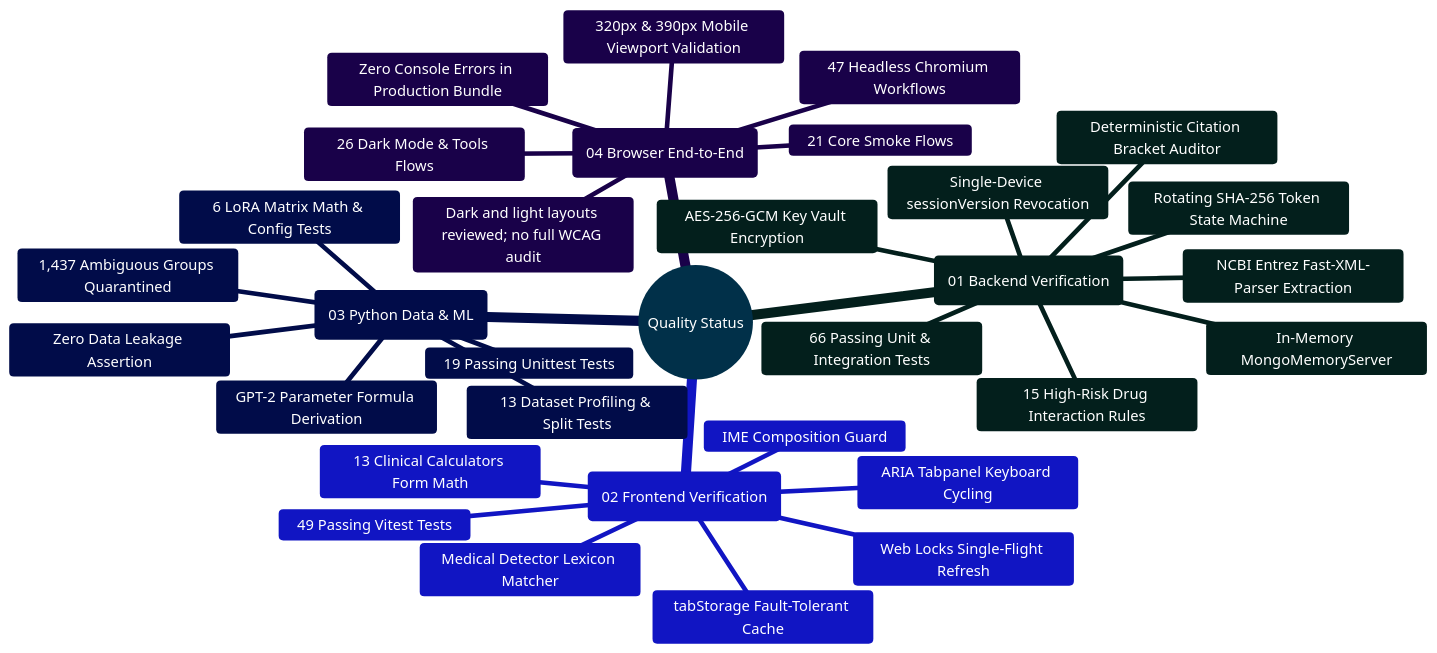
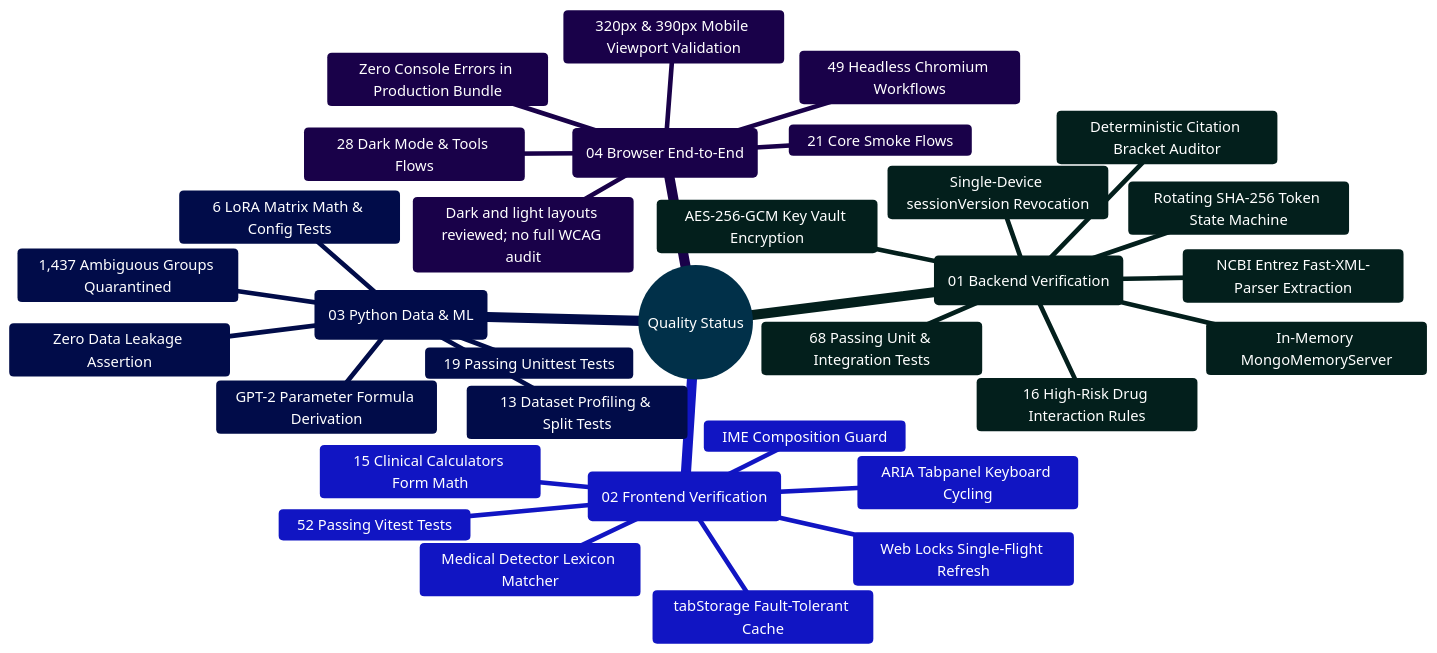
The first of 2 diagrams in docs/IMPLEMENTATION_STATUS.md (Ganesh172919/React-App-LLM), drawn with Mermaid before and after one commit. The commit also changed other lines of this file and 46 other files, not shown here.

````diff
--- a/docs/IMPLEMENTATION_STATUS.md
+++ b/docs/IMPLEMENTATION_STATUS.md
@@ -66,37 +66,37 @@
 ```mermaid
 %%{init: {'theme': 'base', 'themeVariables': { 'primaryColor': '#0284c7', 'primaryTextColor': '#ffffff', 'primaryBorderColor': '#0369a1', 'lineColor': '#0284c7', 'secondaryColor': '#0d9488', 'tertiaryColor': '#6366f1' }}}%%
 mindmap
   root((Quality Status))
     ::icon(fa fa-check-circle)
     (01 Backend Verification)
-      66 Passing Unit & Integration Tests
+      68 Passing Unit & Integration Tests
       In-Memory MongoMemoryServer
       Single-Device sessionVersion Revocation
       Rotating SHA-256 Token State Machine
       AES-256-GCM Key Vault Encryption
       NCBI Entrez Fast-XML-Parser Extraction
       Deterministic Citation Bracket Auditor
-      15 High-Risk Drug Interaction Rules
+      16 High-Risk Drug Interaction Rules
     (02 Frontend Verification)
-      49 Passing Vitest Tests
+      52 Passing Vitest Tests
       Web Locks Single-Flight Refresh
       tabStorage Fault-Tolerant Cache
       IME Composition Guard
       Medical Detector Lexicon Matcher
-      13 Clinical Calculators Form Math
+      15 Clinical Calculators Form Math
       ARIA Tabpanel Keyboard Cycling
     (03 Python Data & ML)
       19 Passing Unittest Tests
       13 Dataset Profiling & Split Tests
       6 LoRA Matrix Math & Config Tests
       Zero Data Leakage Assertion
       1,437 Ambiguous Groups Quarantined
       GPT-2 Parameter Formula Derivation
     (04 Browser End-to-End)
-      47 Headless Chromium Workflows
+      49 Headless Chromium Workflows
       21 Core Smoke Flows
-      26 Dark Mode & Tools Flows
+      28 Dark Mode & Tools Flows
       320px & 390px Mobile Viewport Validation
       Dark and light layouts reviewed; no full WCAG audit
       Zero Console Errors in Production Bundle
 ```
````
